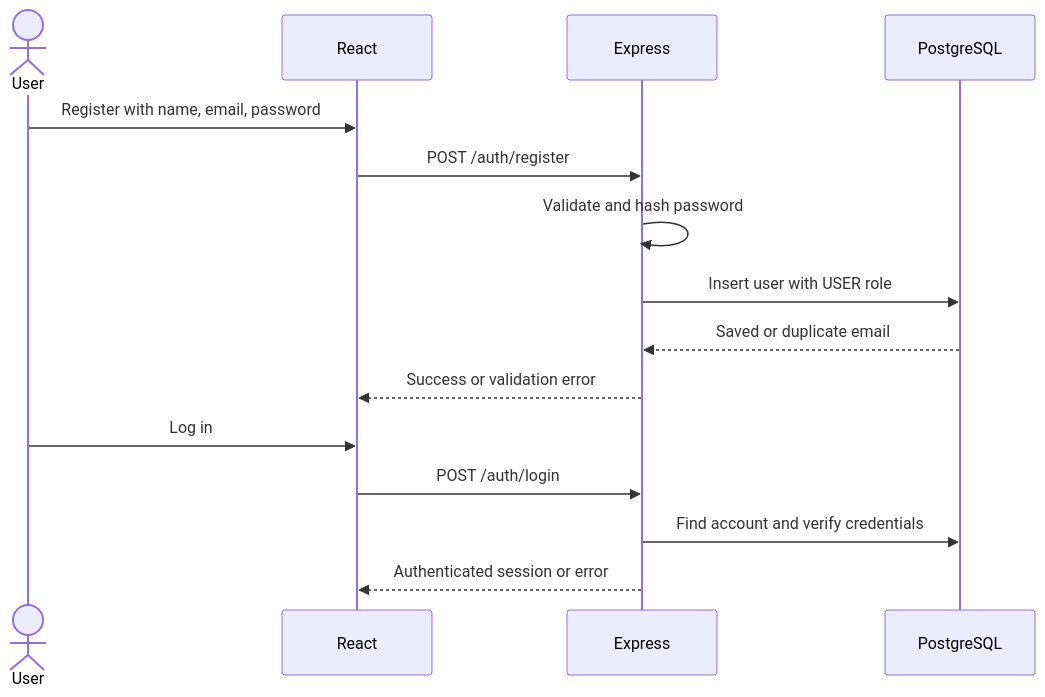
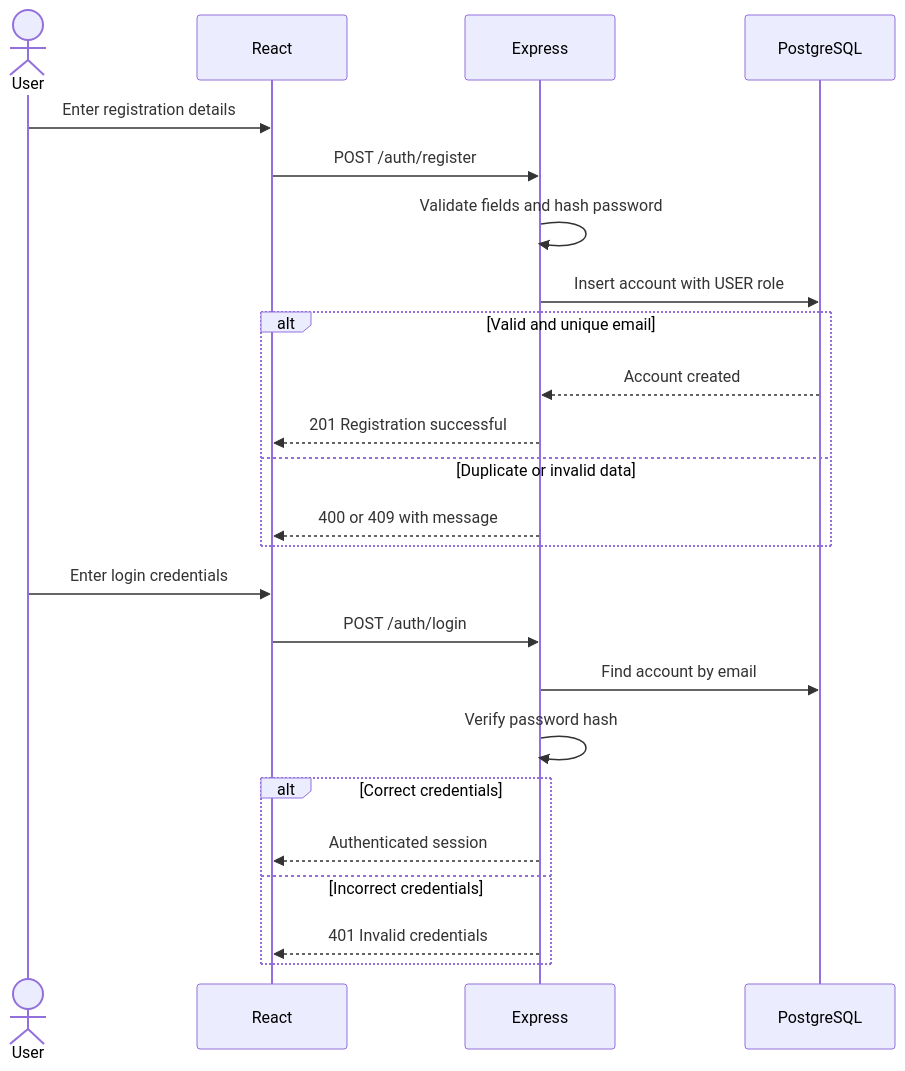
The fourth of 8 diagrams in Stage_3/Report.MD (Abeerr0/mezyad), drawn with Mermaid before and after one commit. The commit also changed other lines of this file, not shown here.

Commit message:
docs: align database constraints, sequence flows, API and QA coverage

````diff
--- a/Stage_3/Report.MD
+++ b/Stage_3/Report.MD
@@ -325,17 +323,26 @@
 ```mermaid
 sequenceDiagram
   actor User
   participant UI as React
   participant API as Express
   participant DB as PostgreSQL
-  User->>UI: Register with name, email, password
+  User->>UI: Enter registration details
   UI->>API: POST /auth/register
-  API->>API: Validate and hash password
-  API->>DB: Insert user with USER role
-  DB-->>API: Saved or duplicate email
-  API-->>UI: Success or validation error
-  User->>UI: Log in
+  API->>API: Validate fields and hash password
+  API->>DB: Insert account with USER role
+  alt Valid and unique email
+    DB-->>API: Account created
+    API-->>UI: 201 Registration successful
+  else Duplicate or invalid data
+    API-->>UI: 400 or 409 with message
+  end
+  User->>UI: Enter login credentials
   UI->>API: POST /auth/login
-  API->>DB: Find account and verify credentials
-  API-->>UI: Authenticated session or error
+  API->>DB: Find account by email
+  API->>API: Verify password hash
+  alt Correct credentials
+    API-->>UI: Authenticated session
+  else Incorrect credentials
+    API-->>UI: 401 Invalid credentials
+  end
 ```
````
